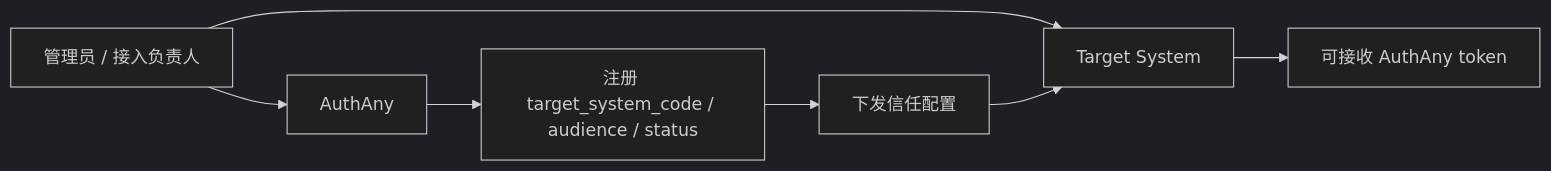
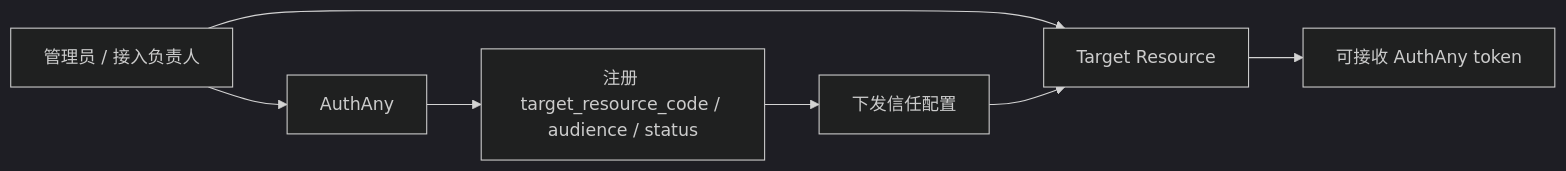
Before and after one commit to renxqoo/Authany: the second of 2 diagrams in demand/10-module-ebfx.md, drawn with Mermaid (dark theme). The commit also changed other lines of this file and 310 other files, not shown here.

Commit message:
feat: harden security flows and reorganize example apps

````diff
--- a/demand/10-module-ebfx.md
+++ b/demand/10-module-ebfx.md
@@ -93,9 +93,9 @@
 ```mermaid
 flowchart LR
     ADMIN["管理员 / 接入负责人"] --> A["AuthAny"]
-    ADMIN --> T["Target System"]
-    A --> REG["注册 target_system_code / audience / status"]
+    ADMIN --> T["Target Resource"]
+    A --> REG["注册 target_resource_code / audience / status"]
     REG --> CONF["下发信任配置"]
     CONF --> T
     T --> READY["可接收 AuthAny token"]
 ```
````
